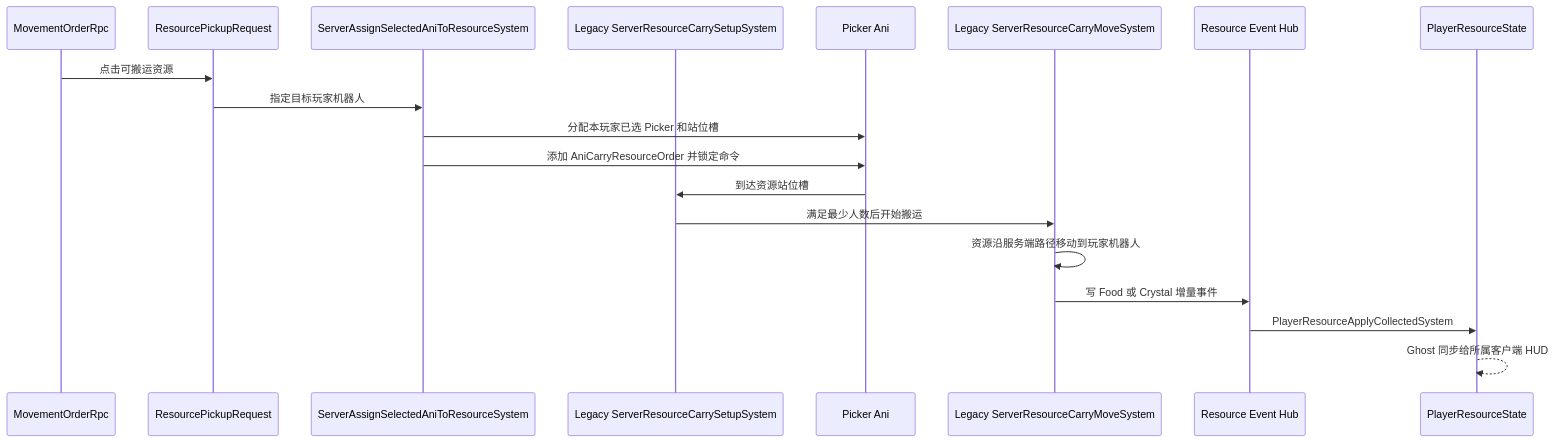
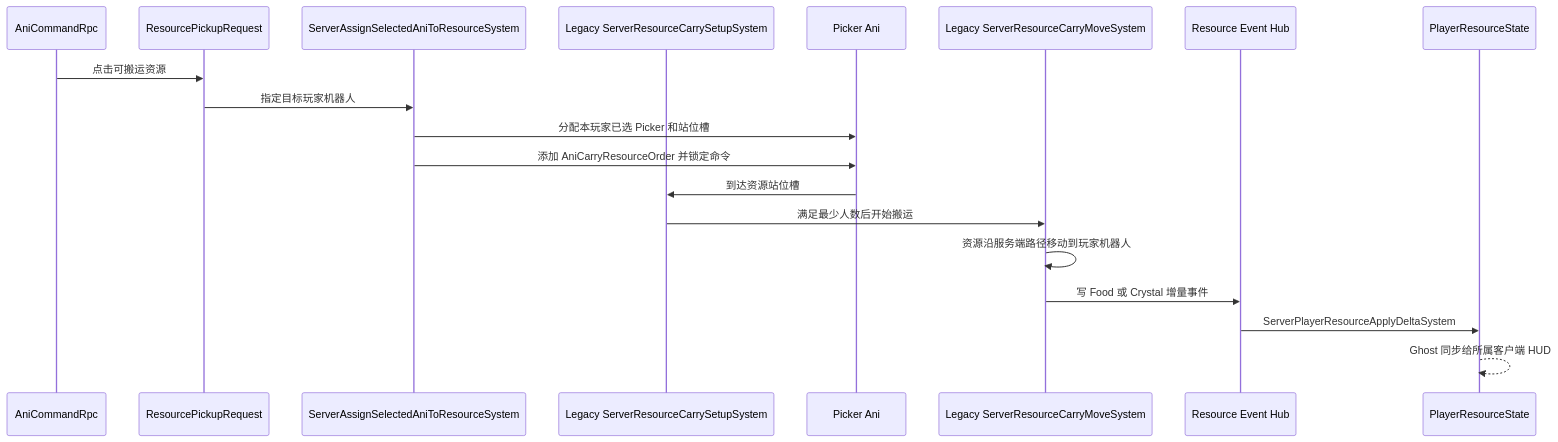
Before and after one commit to mcaswen/AnimarsCatcher: the fifth of 7 diagrams in docs/Architecture/05_GameplayFlows.md, drawn with Mermaid. The commit also changed other lines of this file and 391 other files, not shown here.

````diff
--- a/docs/Architecture/05_GameplayFlows.md
+++ b/docs/Architecture/05_GameplayFlows.md
@@ -143,22 +143,22 @@
 ```mermaid
 sequenceDiagram
-    participant Order as MovementOrderRpc
+    participant Order as AniCommandRpc
     participant Request as ResourcePickupRequest
     participant Assign as ServerAssignSelectedAniToResourceSystem
     participant Setup as Legacy ServerResourceCarrySetupSystem
     participant Picker as Picker Ani
     participant Move as Legacy ServerResourceCarryMoveSystem
     participant Hub as Resource Event Hub
     participant State as PlayerResourceState
 
     Order->>Request: 点击可搬运资源
     Request->>Assign: 指定目标玩家机器人
     Assign->>Picker: 分配本玩家已选 Picker 和站位槽
     Assign->>Picker: 添加 AniCarryResourceOrder 并锁定命令
     Picker->>Setup: 到达资源站位槽
     Setup->>Move: 满足最少人数后开始搬运
     Move->>Move: 资源沿服务端路径移动到玩家机器人
     Move->>Hub: 写 Food 或 Crystal 增量事件
-    Hub->>State: PlayerResourceApplyCollectedSystem
+    Hub->>State: ServerPlayerResourceApplyDeltaSystem
     State-->>State: Ghost 同步给所属客户端 HUD
 ```
````
